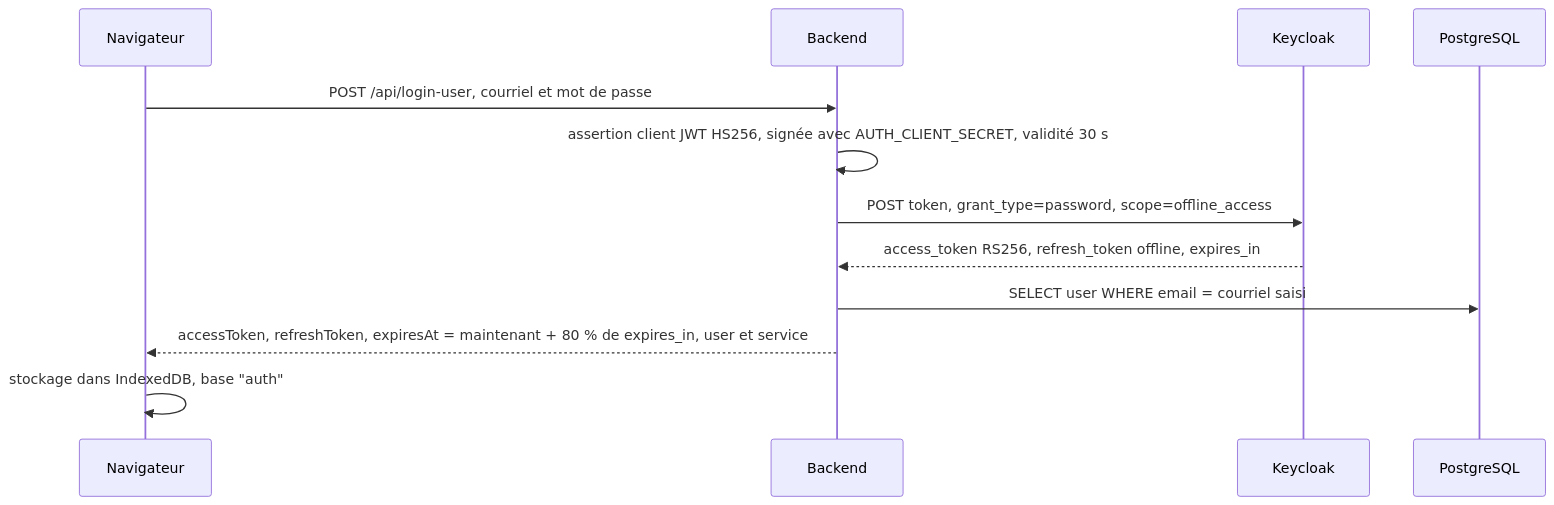
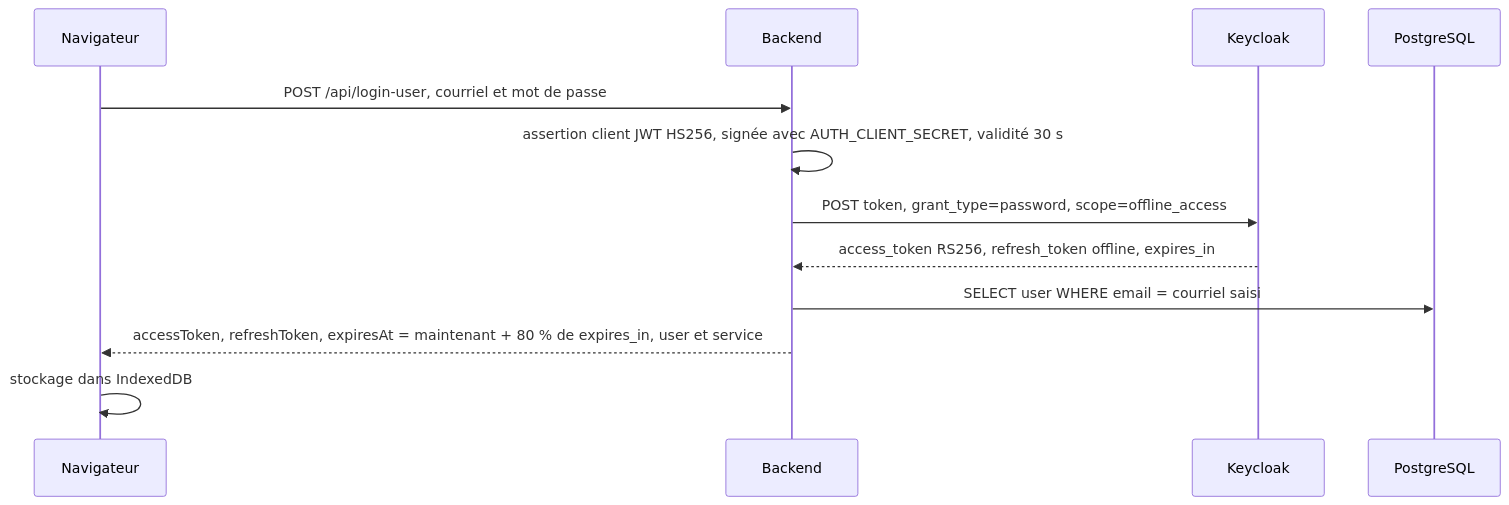
The second of 2 diagrams in docs/05-authentification-securite.md (betagouv/patrinotes), drawn with Mermaid before and after one commit. The commit also changed other lines of this file and 19 other files, not shown here.

````diff
--- a/docs/05-authentification-securite.md
+++ b/docs/05-authentification-securite.md
@@ -120,14 +115,14 @@
 ```mermaid
 sequenceDiagram
     participant U as Navigateur
     participant B as Backend
     participant K as Keycloak
     participant D as PostgreSQL
     U->>B: POST /api/login-user, courriel et mot de passe
     B->>B: assertion client JWT HS256, signée avec AUTH_CLIENT_SECRET, validité 30 s
     B->>K: POST token, grant_type=password, scope=offline_access
     K-->>B: access_token RS256, refresh_token offline, expires_in
     B->>D: SELECT user WHERE email = courriel saisi
     B-->>U: accessToken, refreshToken, expiresAt = maintenant + 80 % de expires_in, user et service
-    U->>U: stockage dans IndexedDB, base "auth"
+    U->>U: stockage dans IndexedDB
 ```
````
